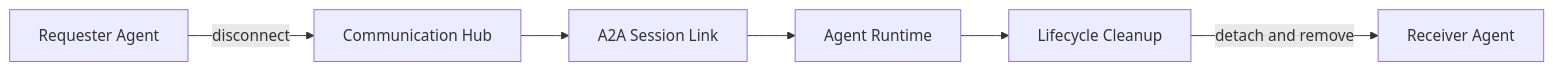
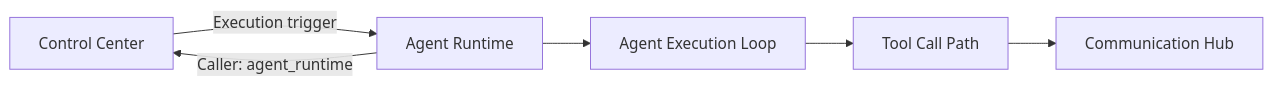
One commit to hurungang/parthenon changed the first of 2 diagrams in docs/master/architecture/modules/agent-runtime/architecture.md. Above: the diagram before and after it, drawn with Mermaid. The commit also changed other lines of this file and 71 other files, not shown here.

````diff
--- a/docs/master/architecture/modules/agent-runtime/architecture.md
+++ b/docs/master/architecture/modules/agent-runtime/architecture.md
@@ -184,15 +3,14 @@
 ```mermaid
 flowchart LR
-    Req[Requester Agent]
-    Hub[Communication Hub]
-    Runtime[Agent Runtime]
-    Link[A2A Session Link]
-    Rec[Receiver Agent]
-    Cleanup[Lifecycle Cleanup]
+    CC[Control Center]
+    AR[Agent Runtime]
+    CH[Communication Hub]
+    EXEC[Agent Execution Loop]
+    TOOL[Tool Call Path]
 
-    Req -->|disconnect| Hub
-    Hub --> Link
-    Link --> Runtime
-    Runtime --> Cleanup
-    Cleanup -->|detach and remove| Rec
+    CC -->|Execution trigger| AR
+    AR --> EXEC
+    EXEC --> TOOL
+    TOOL --> CH
+    AR -->|Caller: agent_runtime| CC
 ```
````
